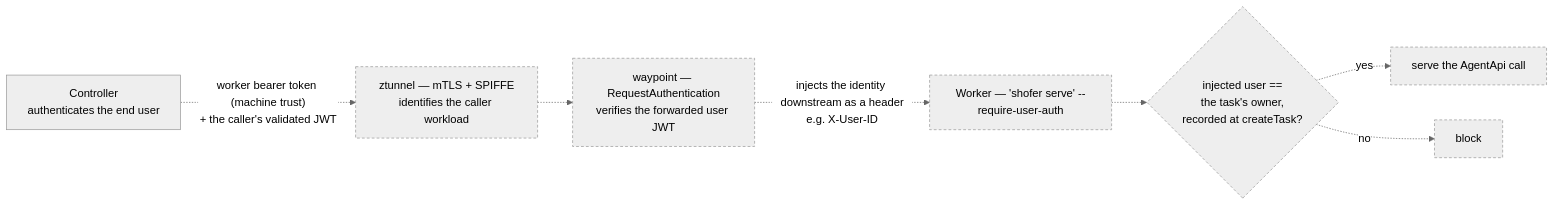
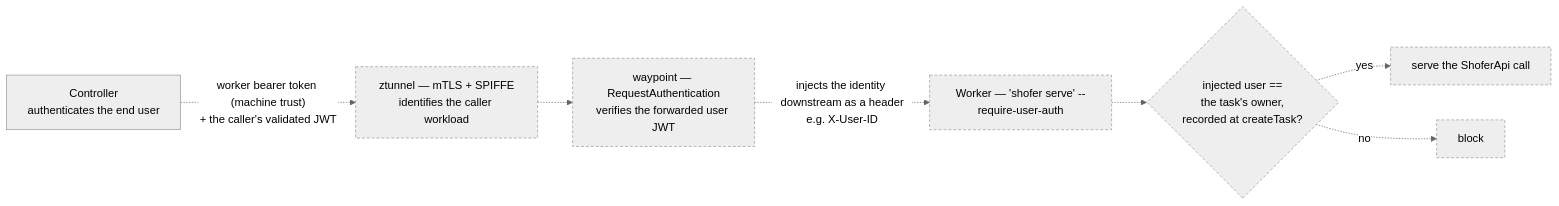
One commit to shofer-dev/shofer changed the fourth of 4 diagrams in docs/agentapi.md. Above: the diagram before and after it, drawn with Mermaid (neutral theme). The commit also changed other lines of this file and 64 other files, not shown here.

First line of the commit message:
refactor(api)!: rename AgentApi -> ShoferApi, ShoferAPI -> ShoferExtensionApi

````diff
--- a/docs/agentapi.md
+++ b/docs/agentapi.md
@@ -236,20 +236,20 @@
 ```mermaid
 flowchart LR
     CTRL["Controller<br/>authenticates the end user"]
     ZT["ztunnel — mTLS + SPIFFE<br/>identifies the caller workload"]
     WP["waypoint — RequestAuthentication<br/>verifies the forwarded user JWT"]
     NODE["Worker — 'shofer serve' --require-user-auth"]
     OWNER{"injected user ==<br/>the task's owner,<br/>recorded at createTask?"}
-    OK["serve the AgentApi call"]
+    OK["serve the ShoferApi call"]
     NO["block"]
 
     CTRL -.->|"worker bearer token (machine trust)<br/>+ the caller's validated JWT"| ZT
     ZT -.-> WP
     WP -.->|"injects the identity downstream as a header<br/>e.g. X-User-ID"| NODE
     NODE -.-> OWNER
     OWNER -.->|yes| OK
     OWNER -.->|no| NO
 
     classDef proposed stroke-dasharray: 4 3
     class ZT,WP,NODE,OWNER,OK,NO proposed
 ```
````
